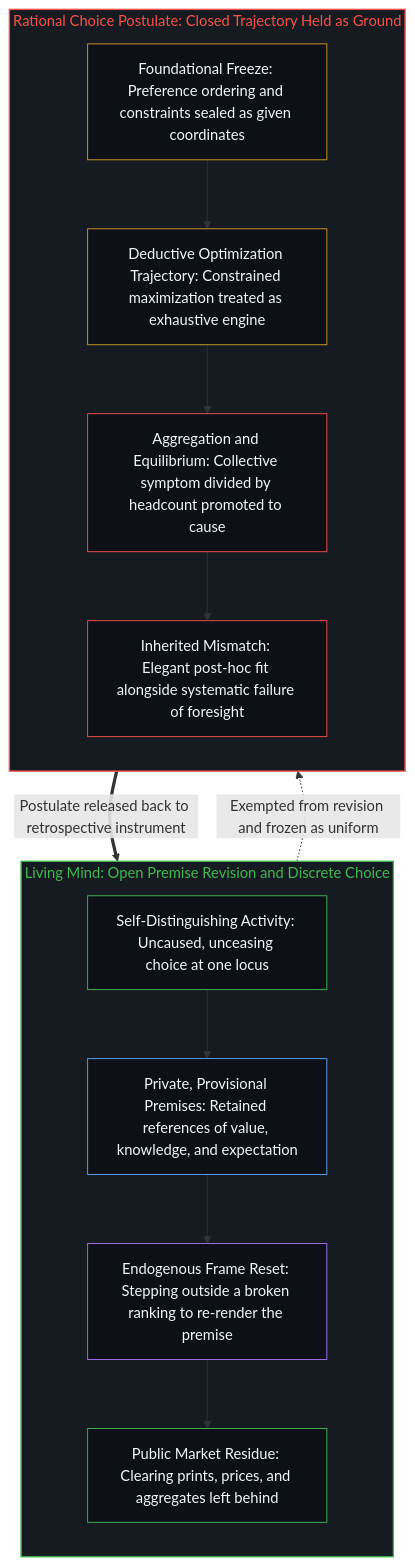
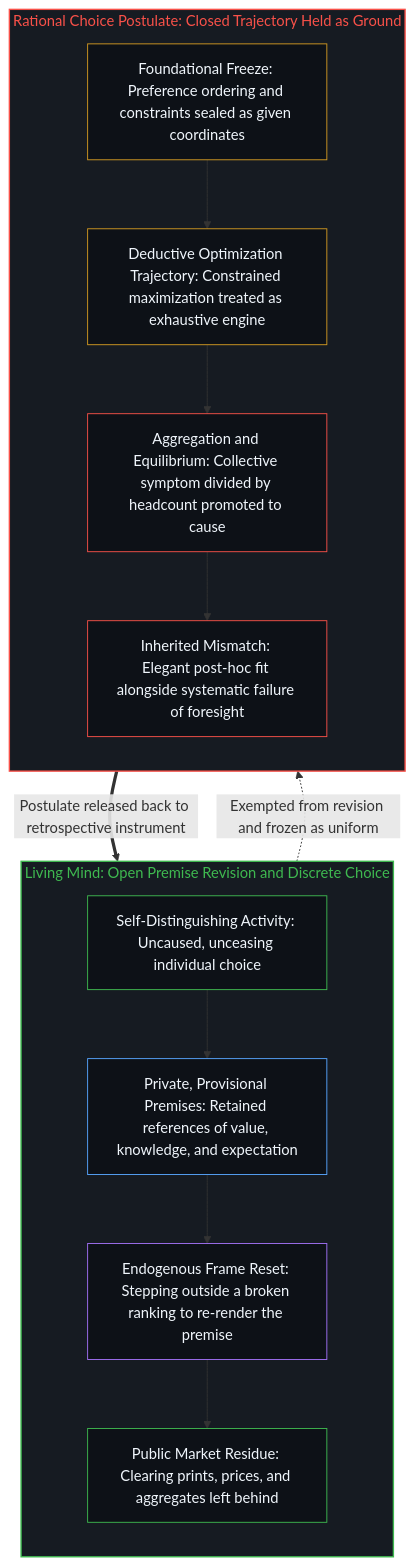
Before and after one commit to powerpig99/not-a-toe: the second of 2 diagrams in content/posts/the-rational-choice-postulate-is-the-original-sin.md, drawn with Mermaid. The commit also changed other lines of this file and 3 other files, not shown here.

````diff
--- a/content/posts/the-rational-choice-postulate-is-the-original-sin.md
+++ b/content/posts/the-rational-choice-postulate-is-the-original-sin.md
@@ -64,34 +61,31 @@
 ```mermaid
 flowchart TD
     subgraph S_Open["Living Mind: Open Premise Revision and Discrete Choice"]
         direction TB
-        O_Edge["Self-Distinguishing Activity: Uncaused, unceasing choice at one locus"]
+        O_Edge["Self-Distinguishing Activity: Uncaused, unceasing individual choice"]
         O_Prem["Private, Provisional Premises: Retained references of value, knowledge, and expectation"]
         O_Step["Endogenous Frame Reset: Stepping outside a broken ranking to re-render the premise"]
         O_Trace["Public Market Residue: Clearing prints, prices, and aggregates left behind"]
         O_Edge --> O_Prem --> O_Step --> O_Trace
     end
-
     subgraph S_Closed["Rational Choice Postulate: Closed Trajectory Held as Ground"]
         direction TB
         C_Freeze["Foundational Freeze: Preference ordering and constraints sealed as given coordinates"]
         C_Opt["Deductive Optimization Trajectory: Constrained maximization treated as exhaustive engine"]
         C_Avg["Aggregation and Equilibrium: Collective symptom divided by headcount promoted to cause"]
         C_Mis["Inherited Mismatch: Elegant post-hoc fit alongside systematic failure of foresight"]
         C_Freeze --> C_Opt --> C_Avg --> C_Mis
     end
-
     O_Prem -.->|"Exempted from revision and frozen as uniform"| C_Freeze
     C_Mis ==>|"Postulate released back to retrospective instrument"| O_Step
-
     style S_Open fill:#161b22,stroke:#3fb950,stroke-width:1.5px,color:#3fb950
     style S_Closed fill:#161b22,stroke:#f85149,stroke-width:1.5px,color:#f85149
     style O_Edge fill:#0d1117,stroke:#3fb950,stroke-width:1px,color:#f0f6fc
     style O_Prem fill:#0d1117,stroke:#58a6ff,stroke-width:1px,color:#f0f6fc
     style O_Step fill:#0d1117,stroke:#a371f7,stroke-width:1px,color:#f0f6fc
     style O_Trace fill:#0d1117,stroke:#3fb950,stroke-width:1px,color:#f0f6fc
     style C_Freeze fill:#0d1117,stroke:#d29922,stroke-width:1px,color:#f0f6fc
     style C_Opt fill:#0d1117,stroke:#d29922,stroke-width:1px,color:#f0f6fc
     style C_Avg fill:#0d1117,stroke:#f85149,stroke-width:1px,color:#f0f6fc
     style C_Mis fill:#0d1117,stroke:#f85149,stroke-width:1px,color:#f0f6fc
 ```
````
